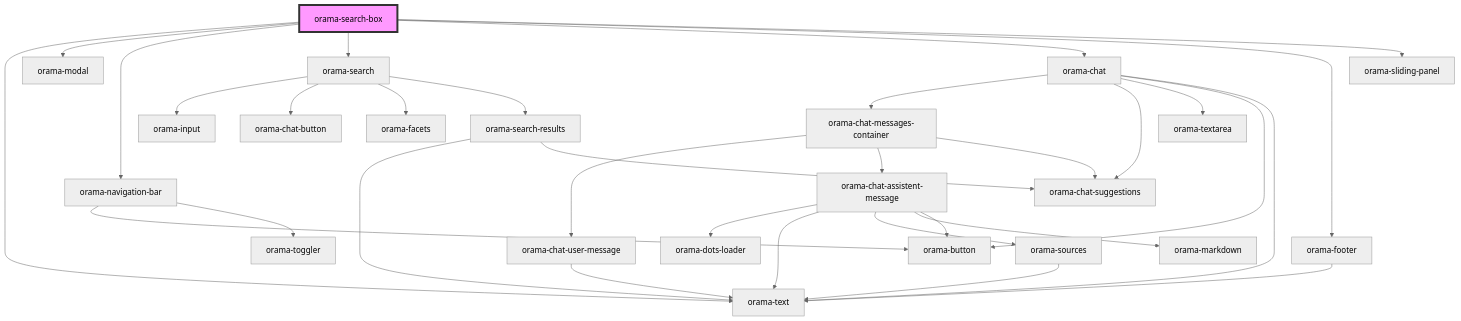
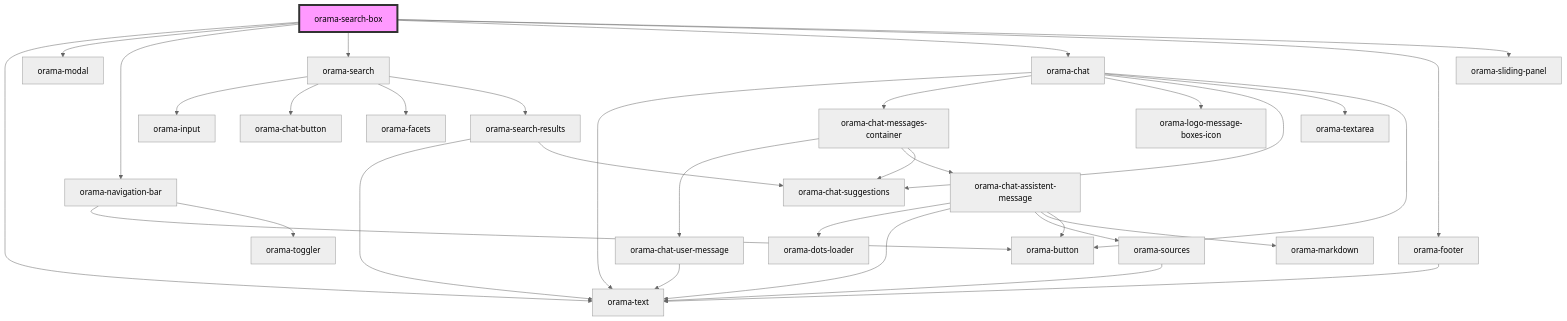
The diagram in packages/ui-stencil/src/components/orama-search-box/readme.md (askorama/orama-ui-components), drawn with Mermaid (neutral theme) before and after one commit. The commit also changed other lines of this file and 13 other files, not shown here.

````diff
--- a/packages/ui-stencil/src/components/orama-search-box/readme.md
+++ b/packages/ui-stencil/src/components/orama-search-box/readme.md
@@ -44,35 +44,36 @@
 ```mermaid
 graph TD;
   orama-search-box --> orama-text
   orama-search-box --> orama-modal
   orama-search-box --> orama-navigation-bar
   orama-search-box --> orama-search
   orama-search-box --> orama-chat
   orama-search-box --> orama-footer
   orama-search-box --> orama-sliding-panel
   orama-navigation-bar --> orama-button
   orama-navigation-bar --> orama-toggler
   orama-search --> orama-input
   orama-search --> orama-chat-button
   orama-search --> orama-facets
   orama-search --> orama-search-results
   orama-search-results --> orama-text
   orama-search-results --> orama-chat-suggestions
+  orama-chat --> orama-text
   orama-chat --> orama-chat-messages-container
+  orama-chat --> orama-logo-message-boxes-icon
   orama-chat --> orama-chat-suggestions
   orama-chat --> orama-textarea
   orama-chat --> orama-button
-  orama-chat --> orama-text
   orama-chat-messages-container --> orama-chat-user-message
   orama-chat-messages-container --> orama-chat-assistent-message
   orama-chat-messages-container --> orama-chat-suggestions
   orama-chat-user-message --> orama-text
   orama-chat-assistent-message --> orama-dots-loader
   orama-chat-assistent-message --> orama-text
   orama-chat-assistent-message --> orama-sources
   orama-chat-assistent-message --> orama-markdown
   orama-chat-assistent-message --> orama-button
   orama-sources --> orama-text
   orama-footer --> orama-text
   style orama-search-box fill:#f9f,stroke:#333,stroke-width:4px
 ```
````
